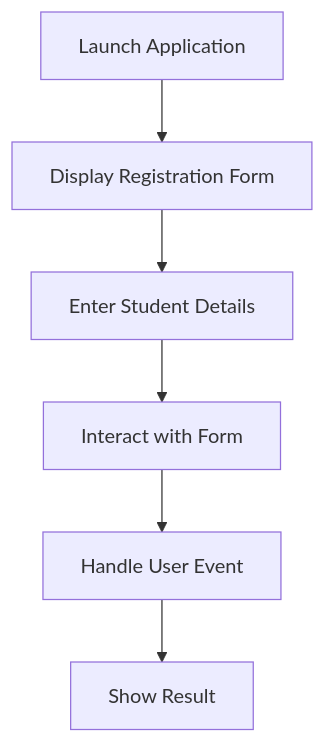
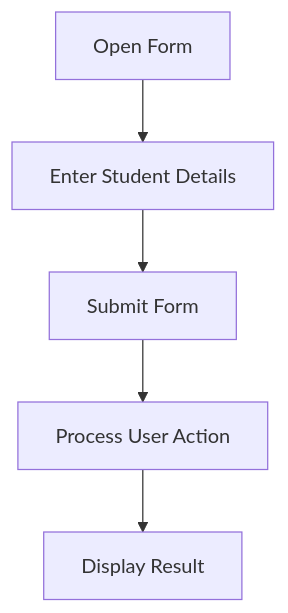
One commit to khushiag07/Java_Project changed the third of 7 diagrams in README.md. Above: the diagram before and after it, drawn with Mermaid. The commit also changed other lines of this file, not shown here.

````diff
--- a/README.md
+++ b/README.md
@@ -102,8 +85,7 @@
 ```mermaid
 flowchart TD
-    A[Launch Application] --> B[Display Registration Form]
-    B --> C[Enter Student Details]
-    C --> D[Interact with Form]
-    D --> E[Handle User Event]
-    E --> F[Show Result]
+    A[Open Form] --> B[Enter Student Details]
+    B --> C[Submit Form]
+    C --> D[Process User Action]
+    D --> E[Display Result]
 ```
````
